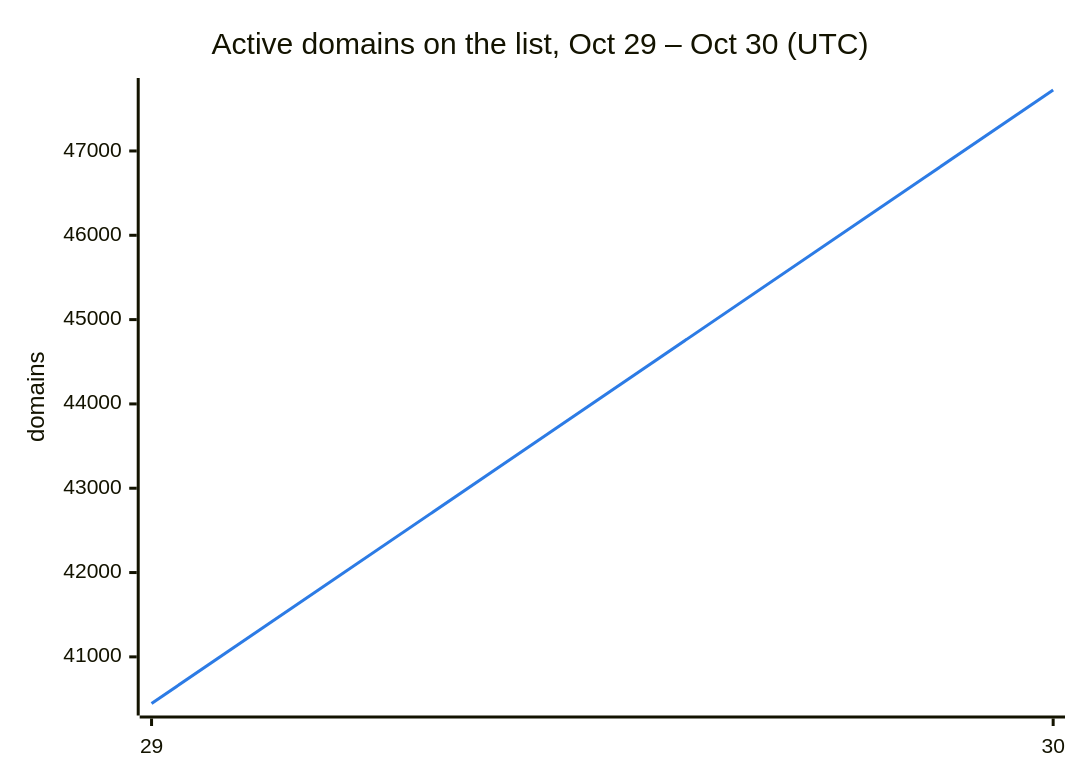
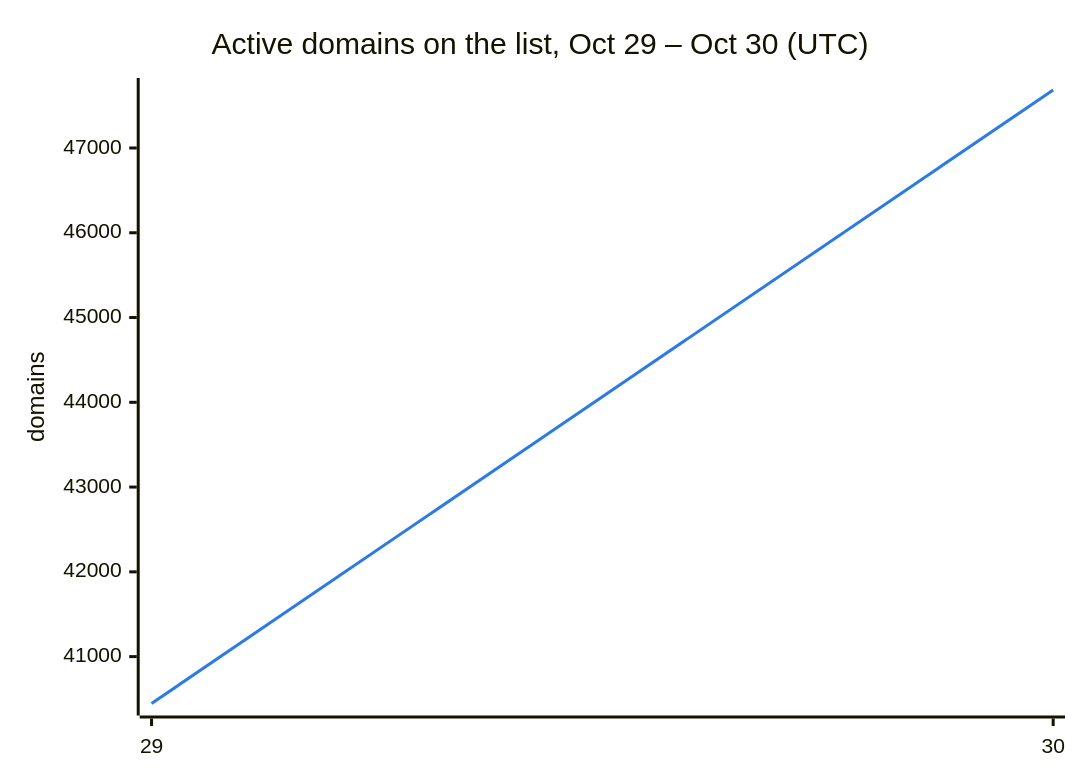
Before and after one commit to DNSBunker/CTI: the second of 3 diagrams in README.md, drawn with Mermaid. The commit also changed other lines of this file and 3 other files, not shown here.

````diff
--- a/README.md
+++ b/README.md
@@ -38,8 +38,8 @@
 ```mermaid
 %%{init: {"themeVariables": {"xyChart": {"plotColorPalette": "#2c7be5"}}}}%%
 xychart-beta
     title "Active domains on the list, Oct 29 – Oct 30 (UTC)"
     x-axis ["29", "30"]
     y-axis "domains"
-    line [40447, 47723]
+    line [40447, 47684]
 ```
````
